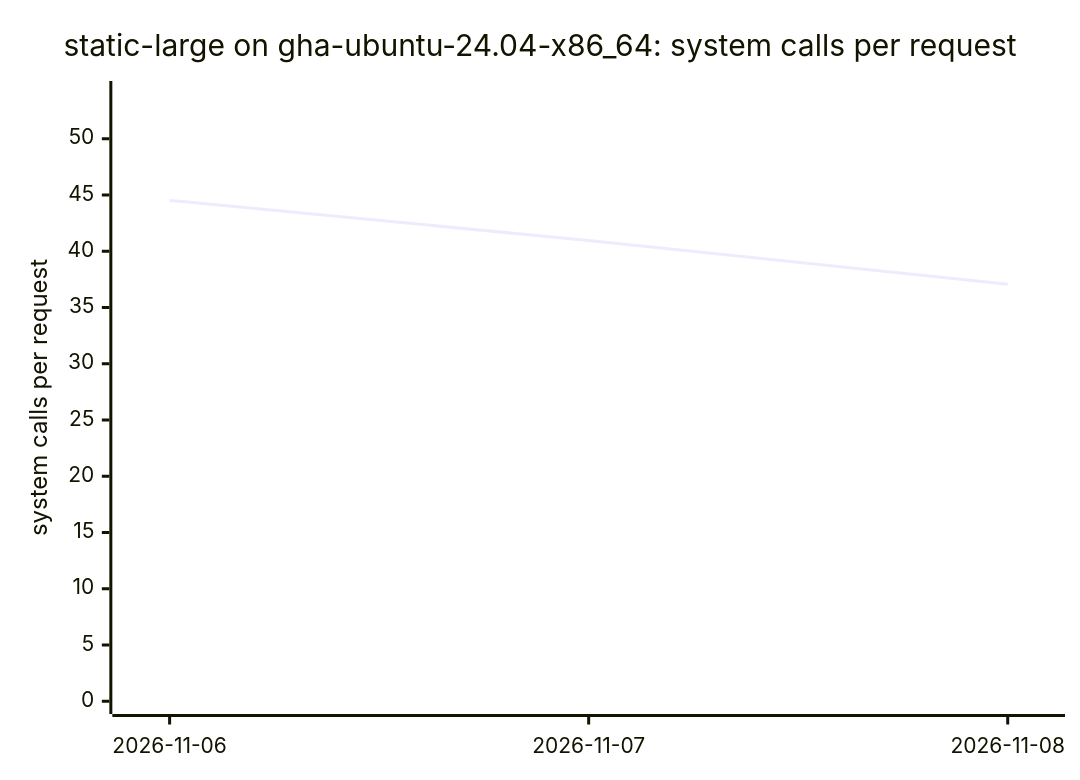
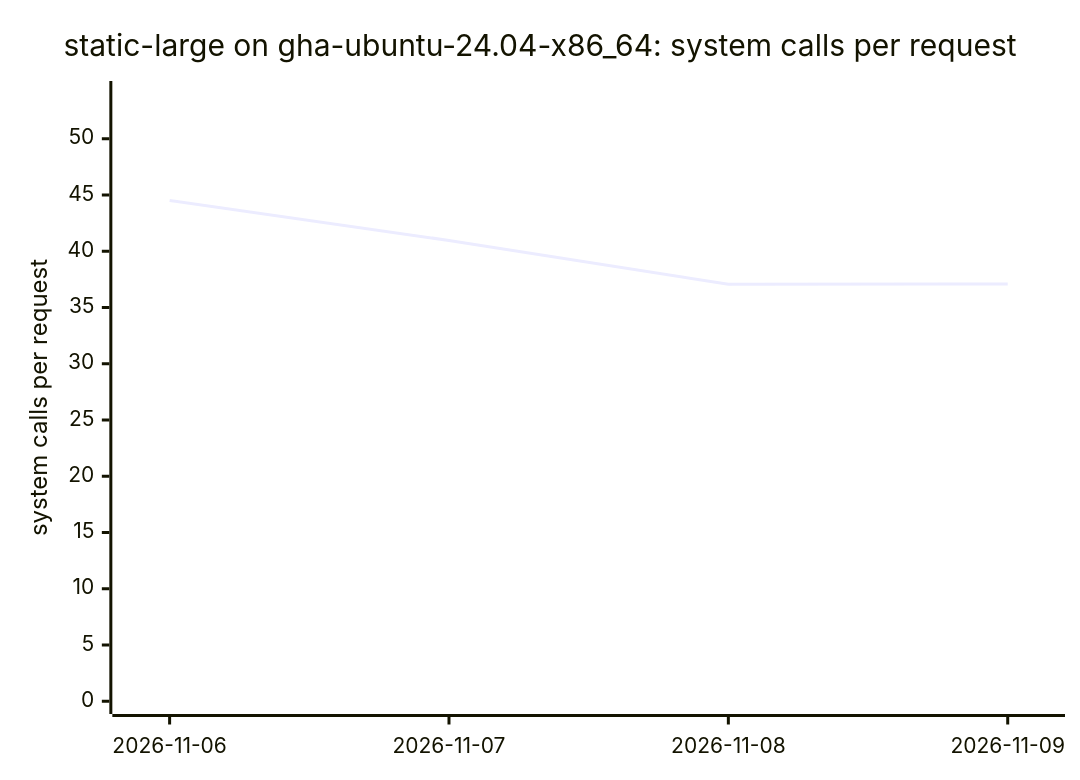
Before and after one commit to ThePixelPilgrim/durchlauferhitzer: diagram 11 of 18 in BENCHMARKS.md, drawn with Mermaid. The commit also changed other lines of this file and 1 other file, not shown here.

````diff
--- a/BENCHMARKS.md
+++ b/BENCHMARKS.md
@@ -117,7 +128,7 @@
 ```mermaid
 xychart-beta
   title "static-large on gha-ubuntu-24.04-x86_64: system calls per request"
-  x-axis ["2026-11-06", "2026-11-07", "2026-11-08"]
+  x-axis ["2026-11-06", "2026-11-07", "2026-11-08", "2026-11-09"]
   y-axis "system calls per request" 0 --> 54
-  line [44.52, 40.96, 37.07]
+  line [44.52, 40.96, 37.07, 37.09]
 ```
````
